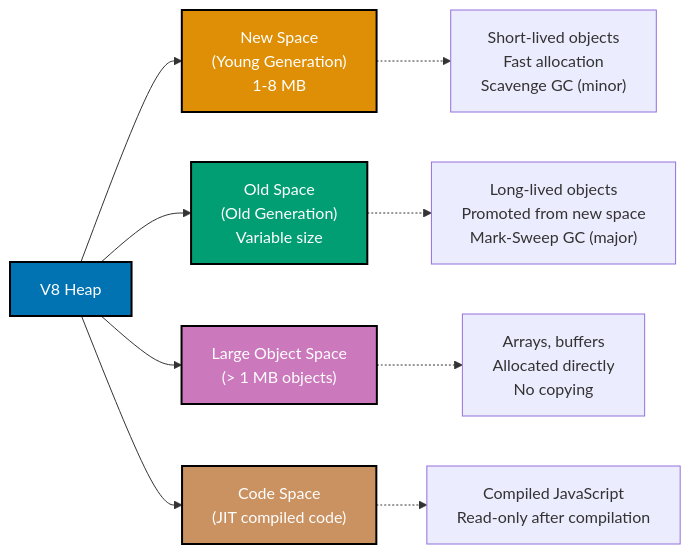
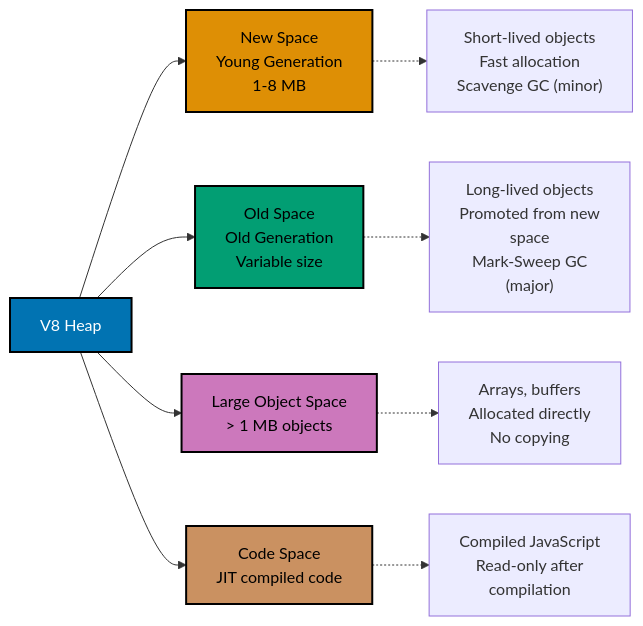
The first of 5 diagrams in docs/explanation/software-engineering/programming-languages/typescript/memory-management.md (wahidyankf/ose-public), drawn with Mermaid before and after one commit. The commit also changed other lines of this file and 57 other files, not shown here.

First line of the commit message:
docs(diagrams): make docs diagrams accessible

````diff
--- a/docs/explanation/software-engineering/programming-languages/typescript/memory-management.md
+++ b/docs/explanation/software-engineering/programming-languages/typescript/memory-management.md
@@ -41,31 +41,33 @@
 ```mermaid
 %% Color Palette: Blue #0173B2, Orange #DE8F05, Teal #029E73, Purple #CC78BC, Brown #CA9161
 graph LR
+    accTitle: V8 Memory Spaces Architecture
+    accDescr: V8 Heap leads to New Space Young Generation 1-8 MB; V8 Heap leads to Old Space Old Generation Variable size; V8 Heap leads to Large Object Space > 1 MB objects; and 5 more links.
     Heap["V8 Heap"]:::blue
 
-    NewSpace["New Space<br/>#40;Young Generation#41;<br/>1-8 MB"]:::orange
-    OldSpace["Old Space<br/>#40;Old Generation#41;<br/>Variable size"]:::teal
-    LargeSpace["Large Object Space<br/>#40;#62; 1 MB objects#41;"]:::purple
-    CodeSpace["Code Space<br/>#40;JIT compiled code#41;"]:::brown
+    NewSpace["New Space<br/>Young Generation<br/>1-8 MB"]:::orange
+    OldSpace["Old Space<br/>Old Generation<br/>Variable size"]:::teal
+    LargeSpace["Large Object Space<br/>#62; 1 MB objects"]:::purple
+    CodeSpace["Code Space<br/>JIT compiled code"]:::brown
 
     Heap --> NewSpace
     Heap --> OldSpace
     Heap --> LargeSpace
     Heap --> CodeSpace
 
-    NewDesc["Short-lived objects<br/>Fast allocation<br/>Scavenge GC #40;minor#41;"]
-    OldDesc["Long-lived objects<br/>Promoted from new space<br/>Mark-Sweep GC #40;major#41;"]
+    NewDesc["Short-lived objects<br/>Fast allocation<br/>Scavenge GC (minor)"]
+    OldDesc["Long-lived objects<br/>Promoted from new<br/>space<br/>Mark-Sweep GC<br/>(major)"]
     LargeDesc["Arrays, buffers<br/>Allocated directly<br/>No copying"]
-    CodeDesc["Compiled JavaScript<br/>Read-only after compilation"]
+    CodeDesc["Compiled JavaScript<br/>Read-only after<br/>compilation"]
 
     NewSpace -.-> NewDesc
     OldSpace -.-> OldDesc
     LargeSpace -.-> LargeDesc
     CodeSpace -.-> CodeDesc
 
     classDef blue fill:#0173B2,stroke:#000000,color:#FFFFFF,stroke-width:2px
-    classDef orange fill:#DE8F05,stroke:#000000,color:#FFFFFF,stroke-width:2px
-    classDef teal fill:#029E73,stroke:#000000,color:#FFFFFF,stroke-width:2px
-    classDef purple fill:#CC78BC,stroke:#000000,color:#FFFFFF,stroke-width:2px
-    classDef brown fill:#CA9161,stroke:#000000,color:#FFFFFF,stroke-width:2px
+    classDef orange fill:#DE8F05,stroke:#000000,color:#000000,stroke-width:2px
+    classDef teal fill:#029E73,stroke:#000000,color:#000000,stroke-width:2px
+    classDef purple fill:#CC78BC,stroke:#000000,color:#000000,stroke-width:2px
+    classDef brown fill:#CA9161,stroke:#000000,color:#000000,stroke-width:2px
 ```
````
